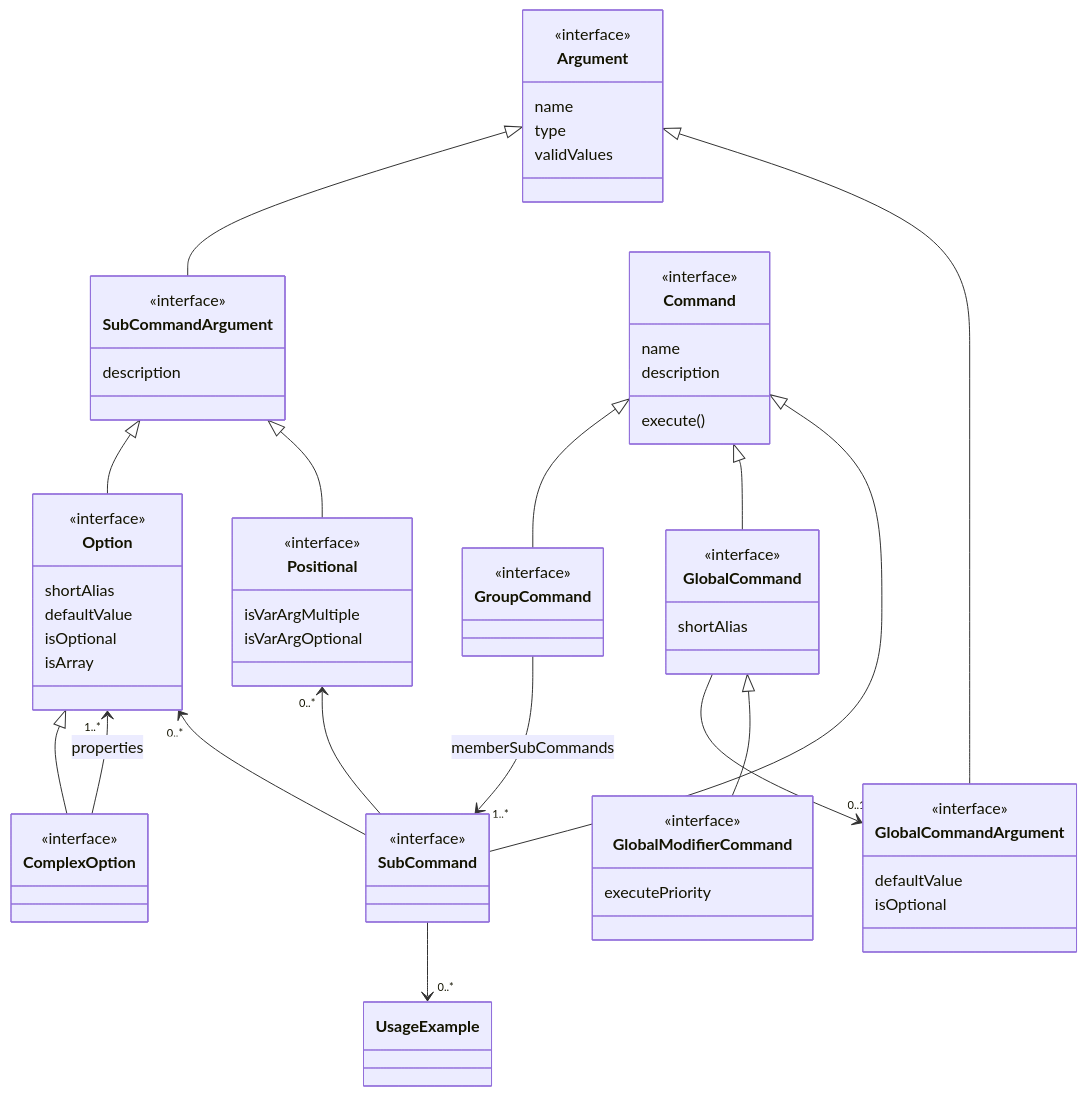
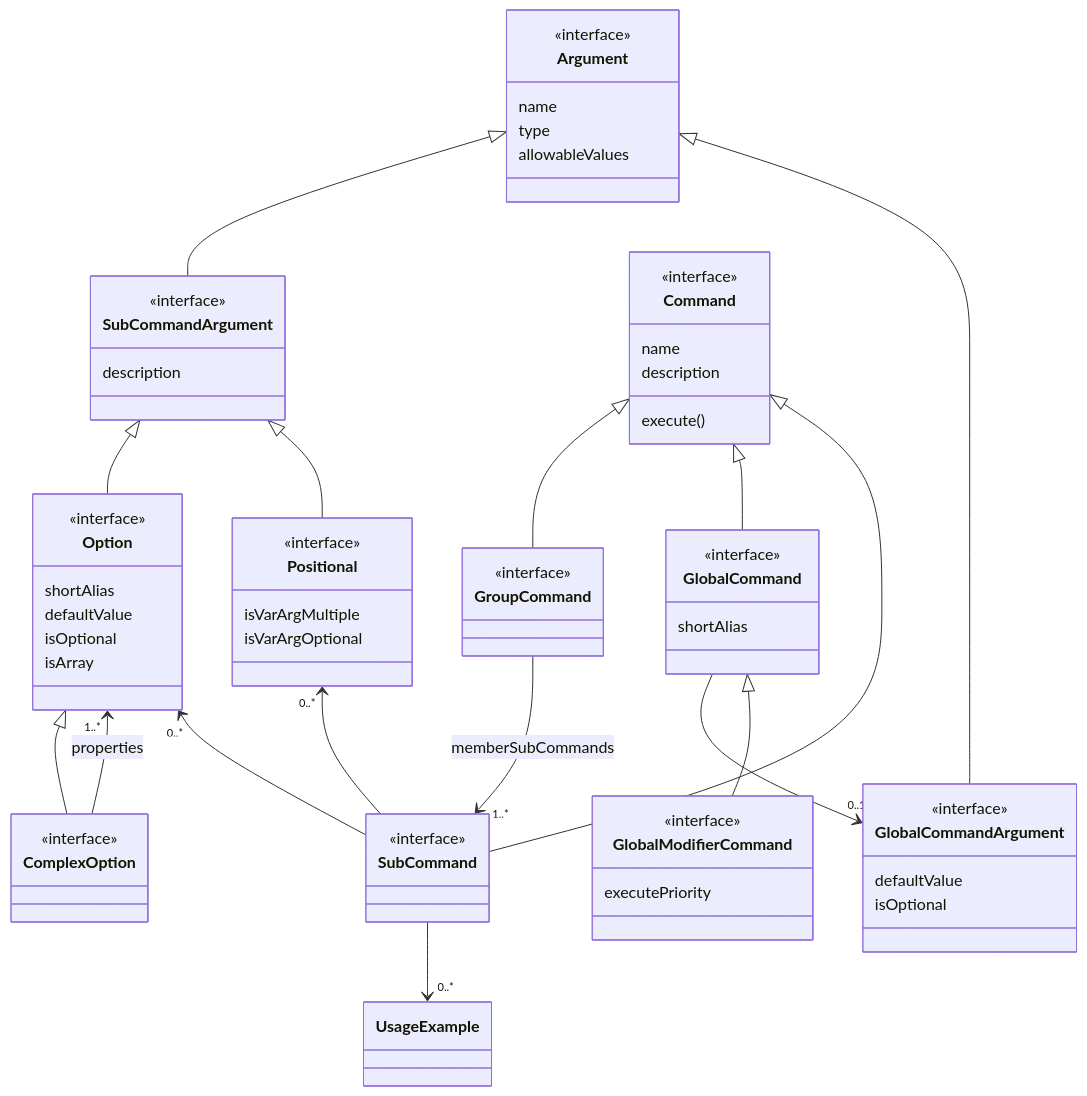
The second of 4 diagrams in README.md (flowscripter/dynamic-cli-framework), drawn with Mermaid before and after one commit. The commit also changed other lines of this file and 84 other files, not shown here.

```diff
--- a/README.md
+++ b/README.md
@@ -177,7 +177,7 @@
         <<interface>>
         name
         type
-        validValues
+        allowableValues
     }
 
     class SubCommandArgument {
```
